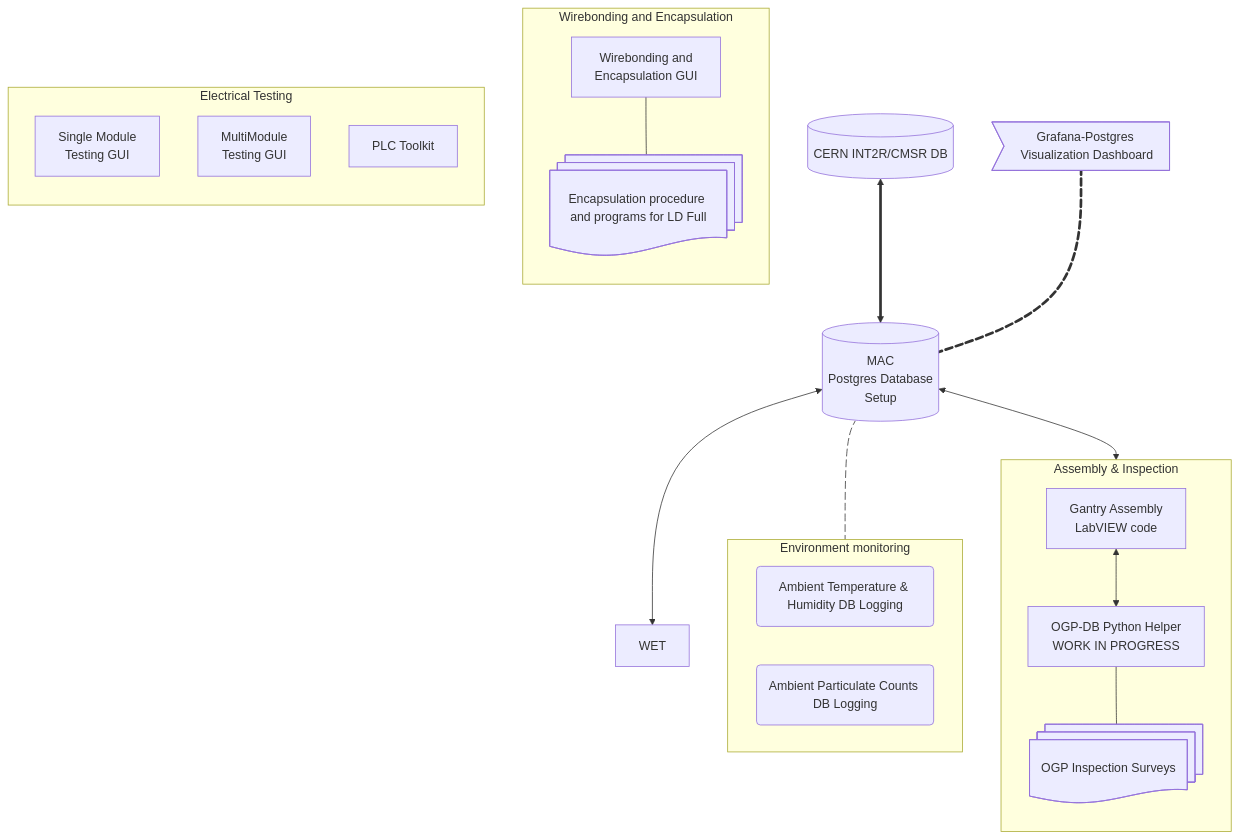
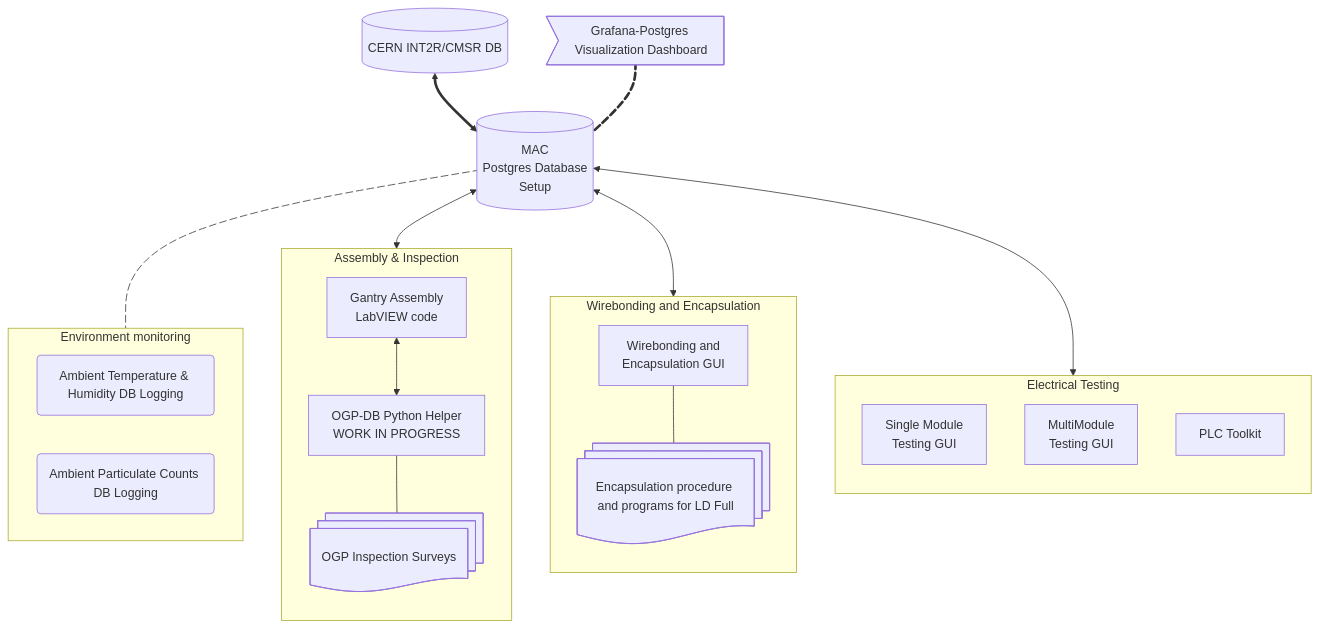
One commit to cmu-hgc-mac/.github changed the diagram in profile/README.md. Above: the diagram before and after it, drawn with Mermaid.

````diff
--- a/profile/README.md
+++ b/profile/README.md
@@ -5,55 +5,56 @@
 ```mermaid
 graph TD
     
     subgraph AI [Assembly & Inspection]
         direction TB
         L[Gantry Assembly<br>LabVIEW code] <--> I[OGP-DB Python Helper<br>WORK IN PROGRESS]
         IS@{ shape: docs, label: "OGP Inspection Surveys" }
         I --- IS
 
     end
 
     subgraph WEN [Wirebonding and Encapsulation]
         direction TB
         W[Wirebonding and<br> Encapsulation GUI]
         EP@{ shape: docs, label: "Encapsulation procedure and programs for LD Full" }
         W --- EP
     end
 
     subgraph ET [Electrical Testing]
         direction TB
         SMT[Single Module<br> Testing GUI]
         MMT[MultiModule<br> Testing GUI]
         PLC[PLC Toolkit]
     end
 
     subgraph EM [Environment monitoring]
         direction LR
         H(Ambient Temperature & Humidity DB Logging) 
         P(Ambient Particulate Counts DB Logging) 
     end
 
     K[(CERN INT2R/CMSR DB)] <==> A[(MAC<br>Postgres Database<br>Setup)]
     G>Grafana-Postgres Visualization Dashboard] e1@ === A
     A e2@--- EM
     A <--> AI
-    A <--> WET
+    A <--> WEN
+    A <--> ET
     
     click A href "https://github.com/cmu-hgc-mac/HGC_DB_postgres/"
     click I href "https://github.com/cmu-hgc-mac/HGC_OGP_DB"
     click L href "https://github.com/cmu-hgc-mac/Gantry"
     click W href "https://github.com/cmu-hgc-mac/wirebonder_gui"
     click SMT href "https://gitlab.cern.ch/acrobert/hgcal-module-testing-gui/"
     click MMT href "https://github.com/ltsai323/MultiModuleTeststandUI/tree/main"
     click PLC href "https://github.com/Xingfu23/PLC_toolkits_mqtt_NTU/tree/master"
     click K href "https://gitlab.cern.ch/groups/hgcal-database/-/issues"
     click G href "https://github.com/cmu-hgc-mac/grafana_hgcdb_dashboard"
     click P href "https://github.com/cmu-hgc-mac/ambient-particulate-counts"
     click H href "https://github.com/cmu-hgc-mac/ambient-temp-humidity"
     click EP href "https://github.com/cmu-hgc-mac/encapsulation"
     click IS href "https://github.com/cmu-hgc-mac/OGP-inspection-surveys"
     e1@{ animate: true }
     e2@{ animate: true }
     
 
 ```
````
